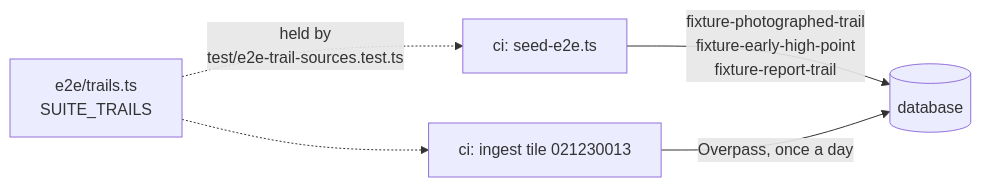
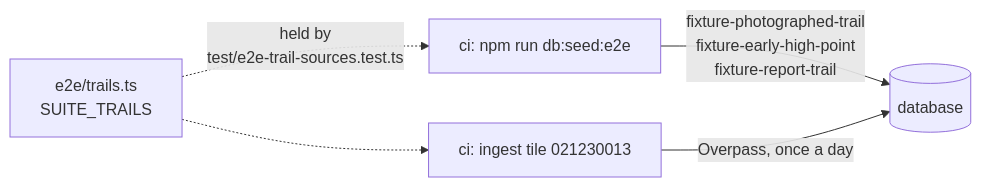
The second of 2 diagrams in .plans/WO-ci-pipeline-green-v1.md (mbahgatTech/switchback), drawn with Mermaid before and after one commit. The commit also changed other lines of this file, not shown here.

First line of the commit message:
Point the Work Order at the renamed shapes module

````diff
--- a/.plans/WO-ci-pipeline-green-v1.md
+++ b/.plans/WO-ci-pipeline-green-v1.md
@@ -139,7 +139,7 @@
 ```mermaid
 flowchart LR
-    C1[ci: seed-e2e.ts] -->|fixture-photographed-trail<br/>fixture-early-high-point<br/>fixture-report-trail| C2[(database)]
+    C1[ci: npm run db:seed:e2e] -->|fixture-photographed-trail<br/>fixture-early-high-point<br/>fixture-report-trail| C2[(database)]
     C3[ci: ingest tile 021230013] -->|Overpass, once a day| C2
     C4[e2e/trails.ts<br/>SUITE_TRAILS] -.->|held by<br/>test/e2e-trail-sources.test.ts| C1
     C4 -.-> C3
 ```
````
